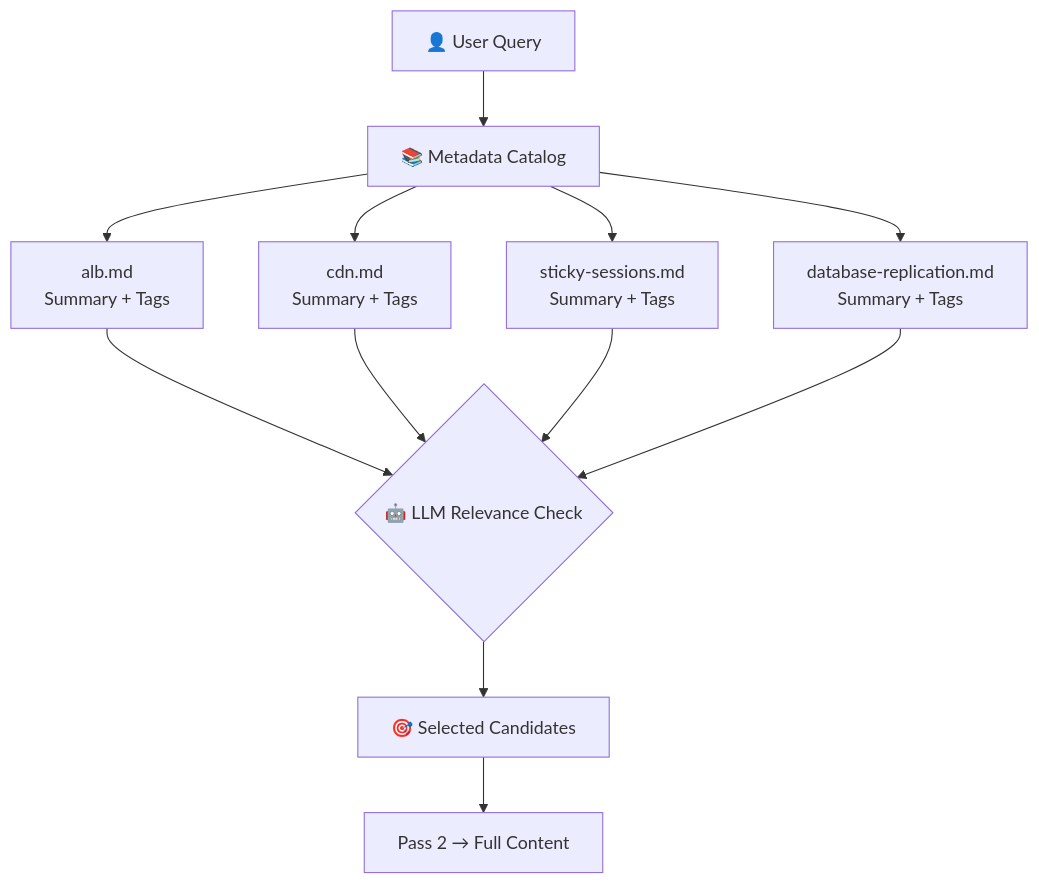
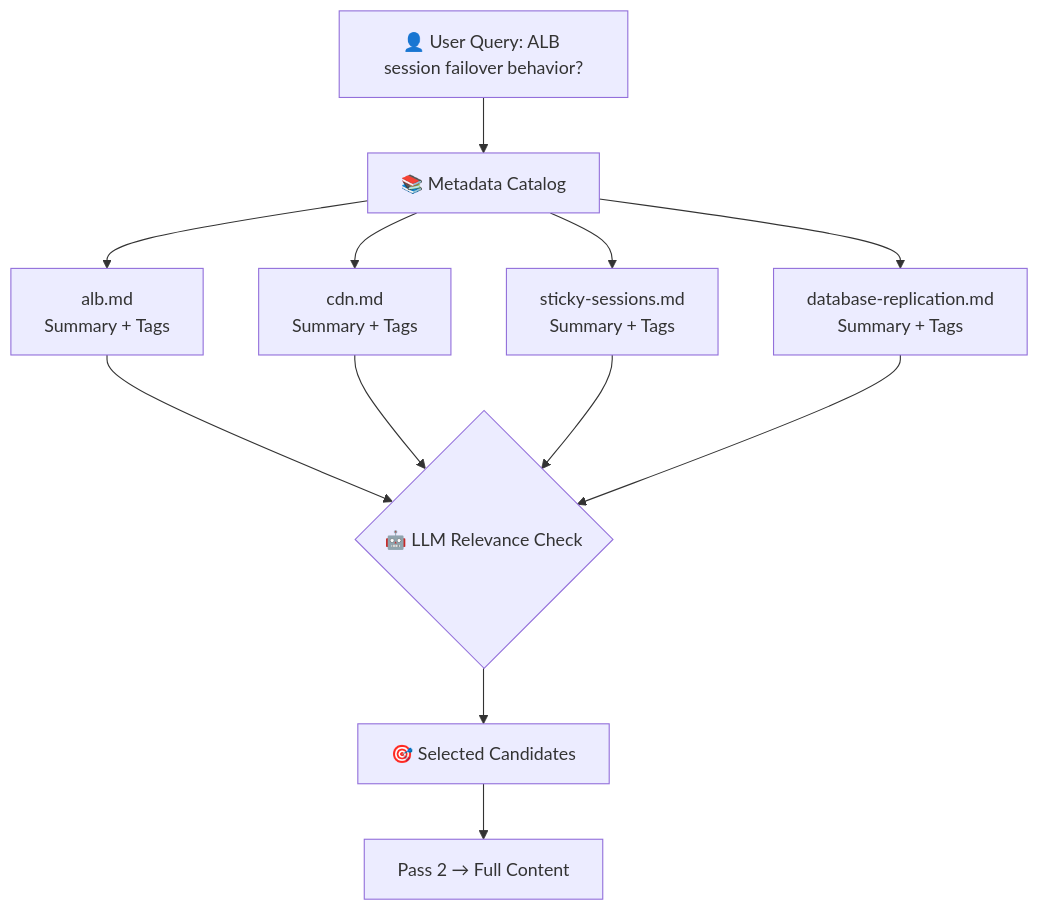
One commit to Amie-dev/FDE-and-GenAI-Mastery changed the second of 8 diagrams in Lecture 18 - Vectorless RAG and LLM Wiki/notes/05_two_pass_retrieval_lazy_loading.md. Above: the diagram before and after it, drawn with Mermaid. The commit also changed other lines of this file and 6 other files, not shown here.

````diff
--- a/Lecture 18 - Vectorless RAG and LLM Wiki/notes/05_two_pass_retrieval_lazy_loading.md
+++ b/Lecture 18 - Vectorless RAG and LLM Wiki/notes/05_two_pass_retrieval_lazy_loading.md
@@ -60,21 +68,21 @@
 ```mermaid
 flowchart TD
 
-    Q["👤 User Query"]
+    Q["👤 User Query: ALB session failover behavior?"]
 
     Q --> CATALOG["📚 Metadata Catalog"]
 
     CATALOG --> A["alb.md<br/>Summary + Tags"]
     CATALOG --> B["cdn.md<br/>Summary + Tags"]
     CATALOG --> C["sticky-sessions.md<br/>Summary + Tags"]
     CATALOG --> D["database-replication.md<br/>Summary + Tags"]
 
     A --> CHECK{"🤖 LLM Relevance Check"}
     B --> CHECK
     C --> CHECK
     D --> CHECK
 
     CHECK --> SELECT["🎯 Selected Candidates"]
 
     SELECT --> PASS2["Pass 2 → Full Content"]
 ```
````
